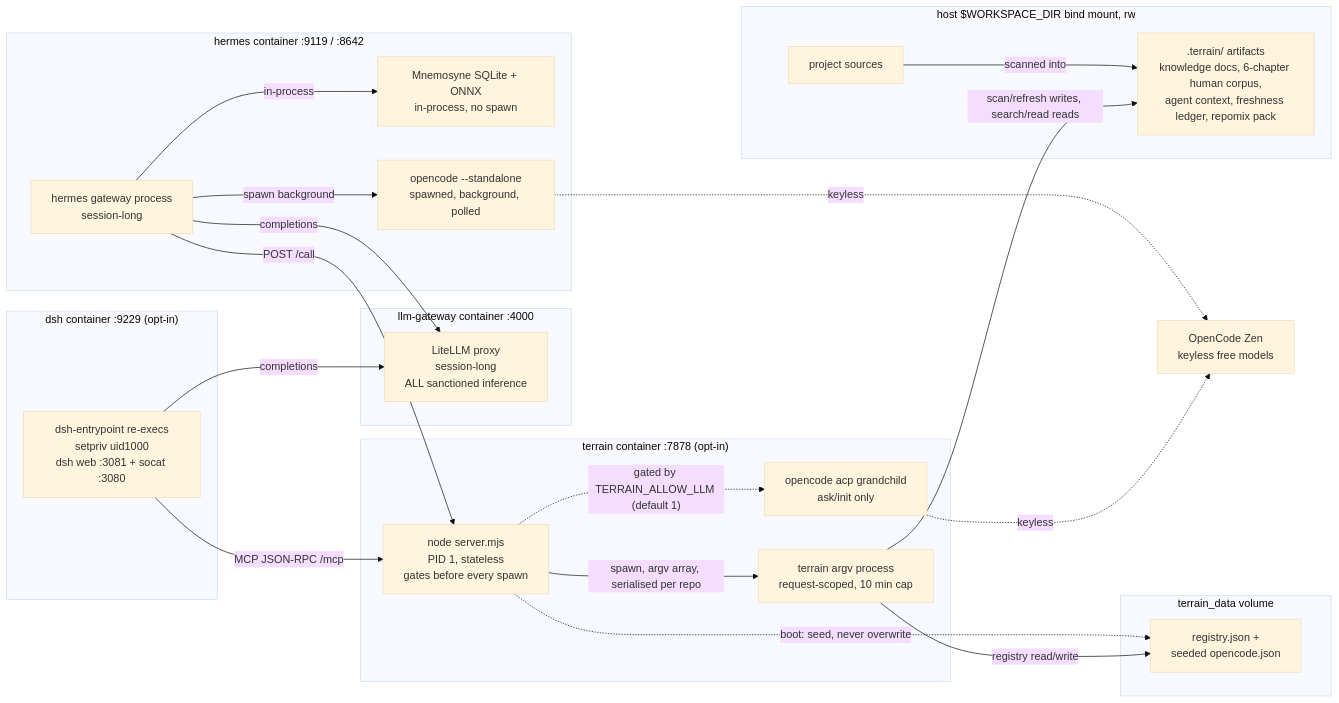
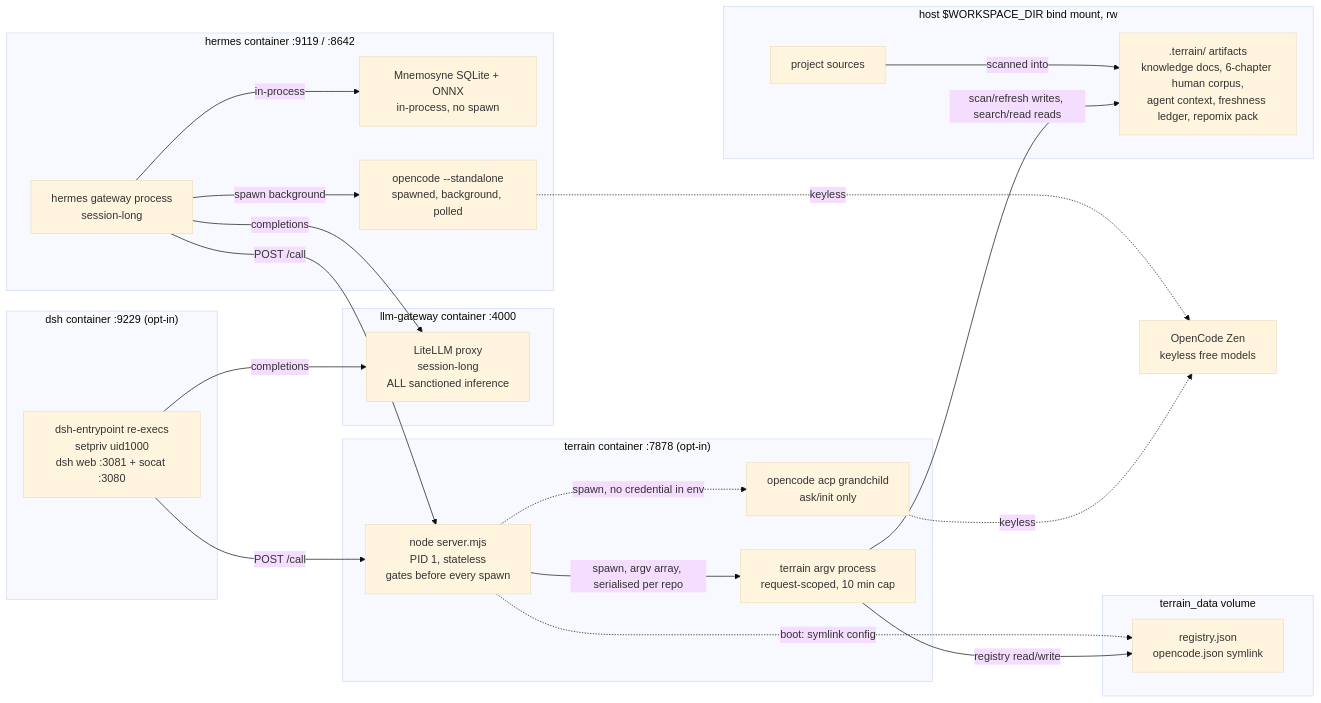
One commit to ayedaemon/pai-stack changed the second of 3 diagrams in docs/architecture.md. Above: the diagram before and after it, drawn with Mermaid (base theme). The commit also changed other lines of this file and 21 other files, not shown here.

````diff
--- a/docs/architecture.md
+++ b/docs/architecture.md
@@ -79,60 +80,60 @@
 ```mermaid
 flowchart LR
     subgraph HERMES["hermes container :9119 / :8642"]
         H["hermes gateway process<br/>session-long"]
         MEM["Mnemosyne SQLite + ONNX<br/>in-process, no spawn"]
         DEL["opencode --standalone<br/>spawned, background, polled"]
     end
 
     subgraph DSHC["dsh container :9229 (opt-in)"]
         DH["dsh-entrypoint re-execs<br/>setpriv uid1000<br/>dsh web :3081 + socat :3080"]
     end
 
     subgraph GWC["llm-gateway container :4000"]
         GW["LiteLLM proxy<br/>session-long<br/>ALL sanctioned inference"]
     end
 
     subgraph TRC["terrain container :7878 (opt-in)"]
         SHIM["node server.mjs<br/>PID 1, stateless<br/>gates before every spawn"]
         CLI["terrain argv process<br/>request-scoped, 10 min cap"]
         ACP["opencode acp grandchild<br/>ask/init only"]
     end
 
     subgraph VOL["terrain_data volume"]
-        REG["registry.json +<br/>seeded opencode.json"]
+        REG["registry.json<br/>opencode.json symlink"]
     end
 
     subgraph WSS["host $WORKSPACE_DIR bind mount, rw"]
         SRC["project sources"]
         IDX[".terrain/ artifacts<br/>knowledge docs, 6-chapter human corpus,<br/>agent context, freshness ledger, repomix pack"]
     end
 
     ZEN["OpenCode Zen<br/>keyless free models"]
 
     H -->|"in-process"| MEM
     H -->|"POST /call"| SHIM
-    DH -->|"MCP JSON-RPC /mcp"| SHIM
+    DH -->|"POST /call"| SHIM
     H -->|"completions"| GW
     DH -->|"completions"| GW
     H -->|"spawn background"| DEL
     DEL -.->|"keyless"| ZEN
     SHIM -->|"spawn, argv array, serialised per repo"| CLI
-    SHIM -.->|"boot: seed, never overwrite"| REG
-    SHIM -.->|"gated by TERRAIN_ALLOW_LLM (default 1)"| ACP
+    SHIM -.->|"boot: symlink config"| REG
+    SHIM -.->|"spawn, no credential in env"| ACP
     ACP -.->|"keyless"| ZEN
     CLI -->|"registry read/write"| REG
     SRC -->|"scanned into"| IDX
     CLI -->|"scan/refresh writes, search/read reads"| IDX
     click H "hermes.md"
     click MEM "hermes.md"
     click DEL "delegation.md"
     click DH "dsh.md"
     click GW "llm-gateway.md"
     click SHIM "terrain.md"
     click CLI "terrain.md"
     click ACP "terrain.md"
     click REG "terrain.md"
     click IDX "terrain.md"
     click SRC "architecture.md"
     click ZEN "terrain.md"
 ```
````
